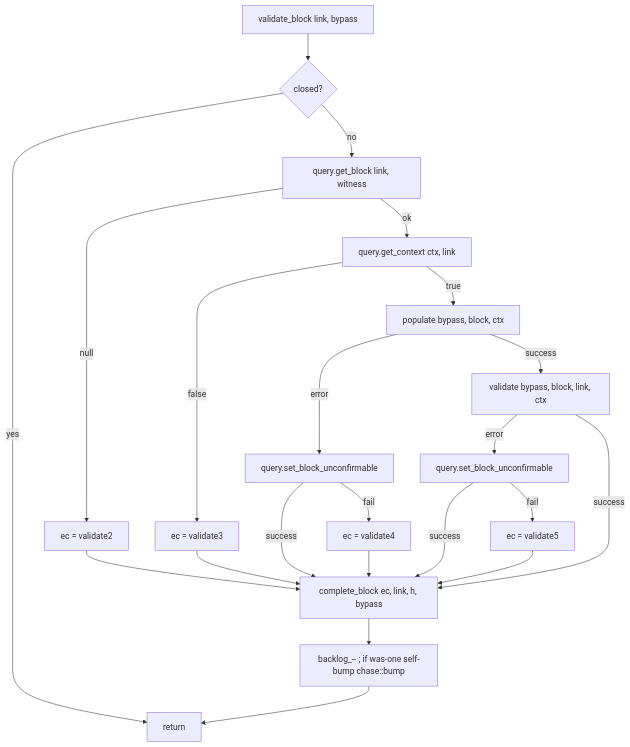
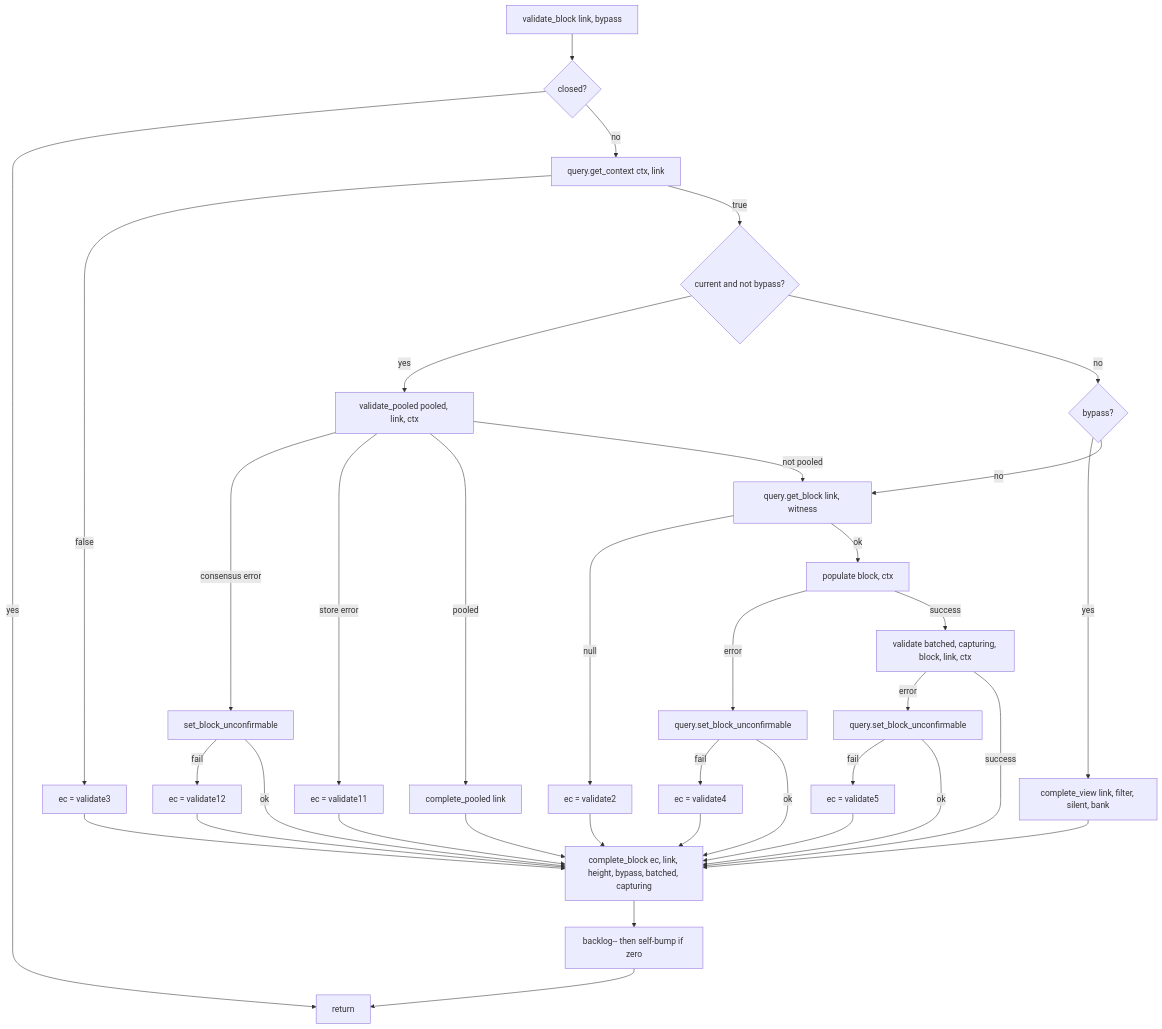
Before and after one commit to libbitcoin/libbitcoin.github.io: the first of 4 diagrams in architecture/md/04-chaser-validate.md, drawn with Mermaid. The commit also changed other lines of this file and 31 other files, not shown here.

Commit message:
Add the node architecture pages.

````diff
--- a/architecture/md/04-chaser-validate.md
+++ b/architecture/md/04-chaser-validate.md
@@ -254,24 +225,38 @@
 ```mermaid
 flowchart TD
     A[validate_block link, bypass] --> A0{closed?}
     A0 -- yes --> Z[ return ]
-    A0 -- no  --> B[query.get_block link, witness]
-    B -- null --> E2[ec = validate2]
-    B -- ok --> C[query.get_context ctx, link]
+    A0 -- no --> C[query.get_context ctx, link]
     C -- false --> E3[ec = validate3]
-    C -- true --> D[populate bypass, block, ctx]
+    C -- true --> P{current and not bypass?}
+    P -- yes --> VP[validate_pooled pooled, link, ctx]
+    VP -- consensus error --> VP1[set_block_unconfirmable]
+    VP1 -- fail --> E12[ec = validate12]
+    VP1 -- ok --> CP
+    VP -- store error --> E11[ec = validate11]
+    VP -- pooled --> CPL[complete_pooled link]
+    VP -- not pooled --> FULL
+    P -- no --> B{bypass?}
+    B -- yes --> VV[complete_view link, filter, silent, bank]
+    B -- no --> FULL[query.get_block link, witness]
+    FULL -- null --> E2[ec = validate2]
+    FULL -- ok --> D[populate block, ctx]
     D -- error --> D1[query.set_block_unconfirmable]
-    D1 -- success --> CP[complete_block ec, link, h, bypass]
     D1 -- fail --> E4[ec = validate4]
-    D -- success --> V[validate bypass, block, link, ctx]
+    D1 -- ok --> CP
+    D -- success --> V[validate batched, capturing, block, link, ctx]
     V -- error --> V1[query.set_block_unconfirmable]
-    V1 -- success --> CP
     V1 -- fail --> E5[ec = validate5]
-    V -- success --> CP
+    V1 -- ok --> CP
+    V -- success --> CP[complete_block ec, link, height, bypass, batched, capturing]
+    CPL --> CP
+    VV --> CP
     E2 --> CP
     E3 --> CP
+    E11 --> CP
+    E12 --> CP
     E4 --> CP
     E5 --> CP
-    CP --> DEC[backlog_-- ; if was-one self-bump chase::bump]
+    CP --> DEC[backlog-- then self-bump if zero]
     DEC --> Z
 ```
````
